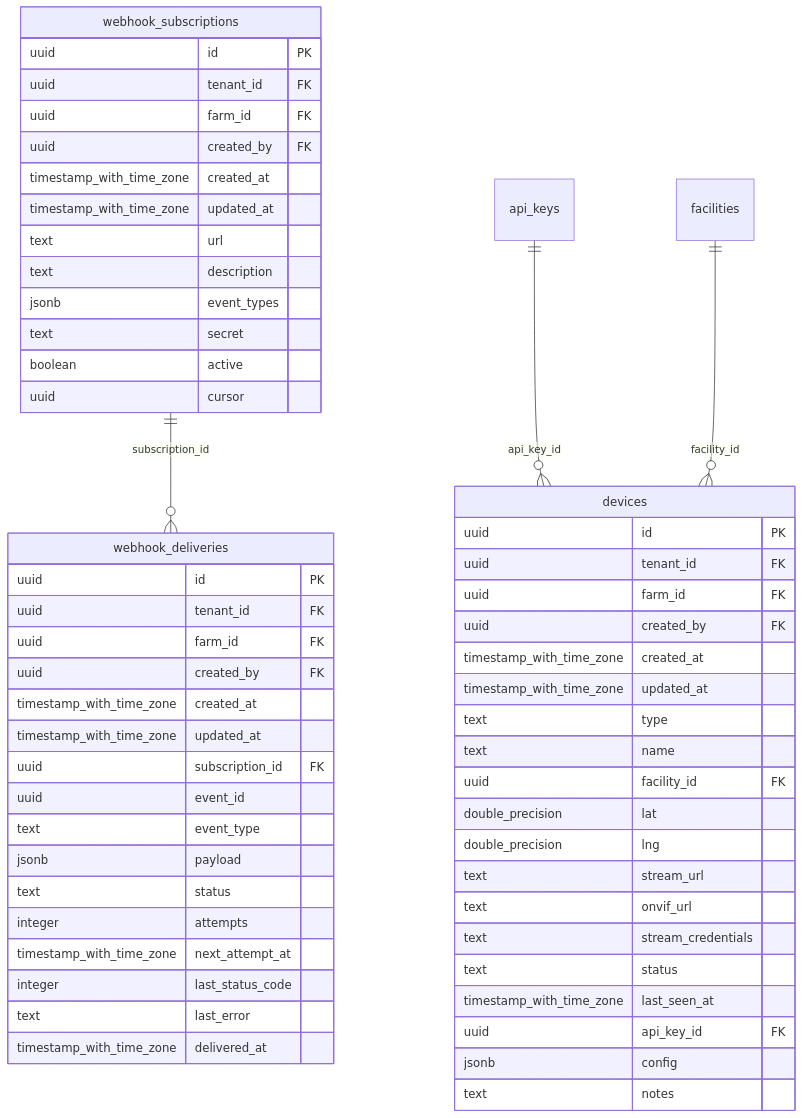
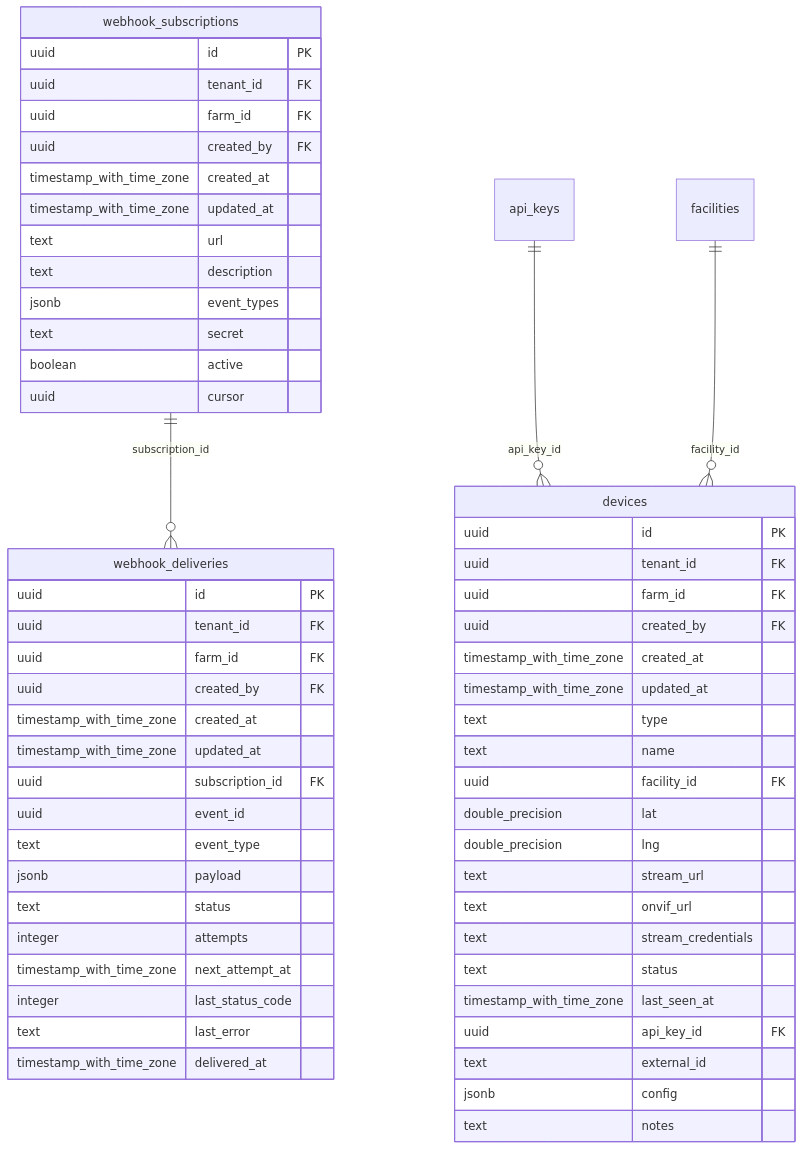
One commit to khurshidnm/yuksalish-agro changed diagram 11 of 14 in docs/erd.md. Above: the diagram before and after it, drawn with Mermaid. The commit also changed other lines of this file and 63 other files, not shown here.

````diff
--- a/docs/erd.md
+++ b/docs/erd.md
@@ -1738,59 +1738,60 @@
 ```mermaid
 erDiagram
   devices {
     uuid id PK
     uuid tenant_id FK
     uuid farm_id FK
     uuid created_by FK
     timestamp_with_time_zone created_at
     timestamp_with_time_zone updated_at
     text type
     text name
     uuid facility_id FK
     double_precision lat
     double_precision lng
     text stream_url
     text onvif_url
     text stream_credentials
     text status
     timestamp_with_time_zone last_seen_at
     uuid api_key_id FK
+    text external_id
     jsonb config
     text notes
   }
   webhook_deliveries {
     uuid id PK
     uuid tenant_id FK
     uuid farm_id FK
     uuid created_by FK
     timestamp_with_time_zone created_at
     timestamp_with_time_zone updated_at
     uuid subscription_id FK
     uuid event_id
     text event_type
     jsonb payload
     text status
     integer attempts
     timestamp_with_time_zone next_attempt_at
     integer last_status_code
     text last_error
     timestamp_with_time_zone delivered_at
   }
   webhook_subscriptions {
     uuid id PK
     uuid tenant_id FK
     uuid farm_id FK
     uuid created_by FK
     timestamp_with_time_zone created_at
     timestamp_with_time_zone updated_at
     text url
     text description
     jsonb event_types
     text secret
     boolean active
     uuid cursor
   }
   api_keys ||--o{ devices : "api_key_id"
   facilities ||--o{ devices : "facility_id"
   webhook_subscriptions ||--o{ webhook_deliveries : "subscription_id"
 ```
````
